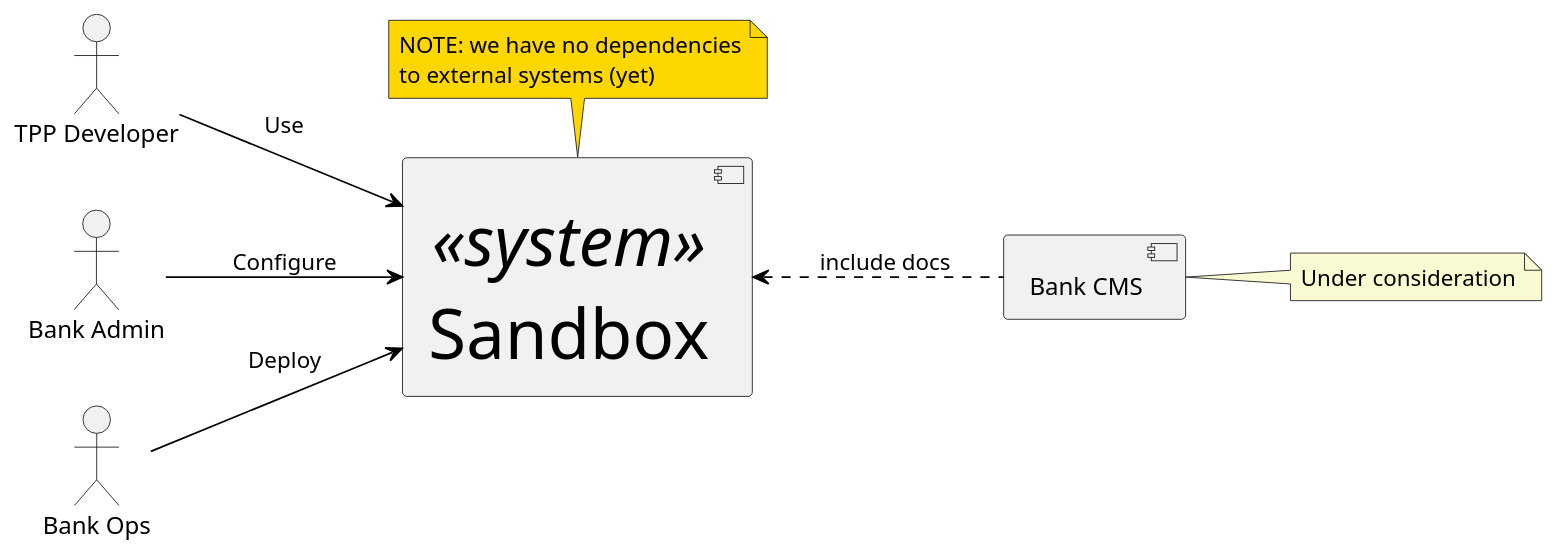
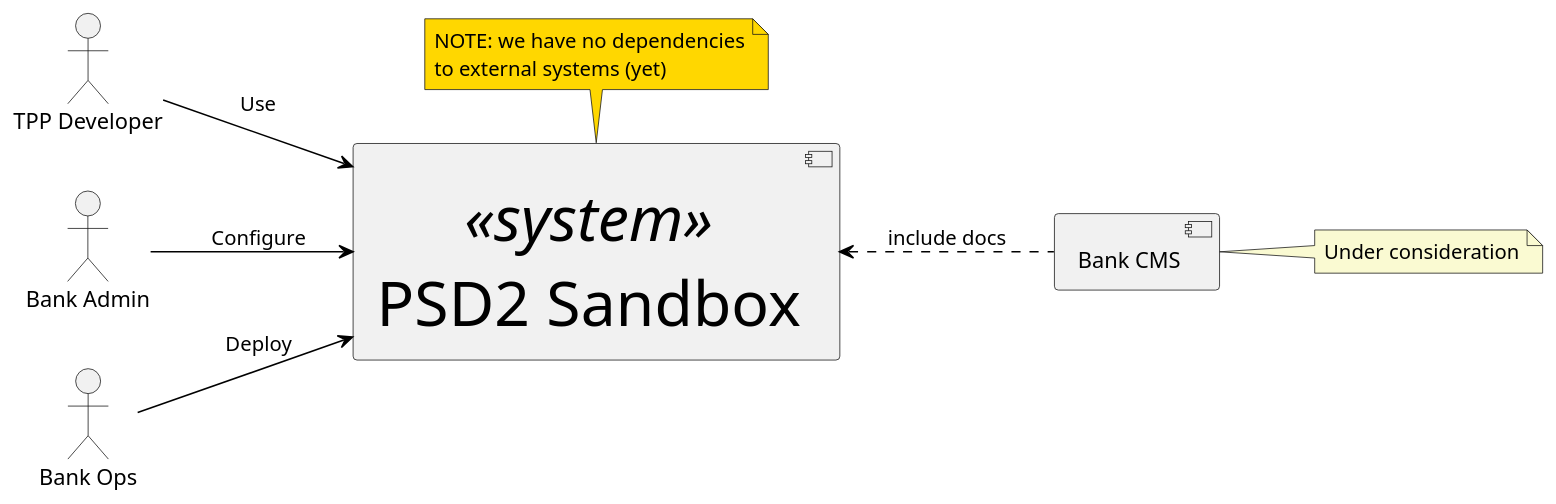
Before and after one commit to adorsys/psd2-accelerator: the diagram in arc42/diagrams/context.puml, drawn with PlantUML. The commit also changed 15 other files, not shown here.

```diff
--- a/arc42/diagrams/context.puml
+++ b/arc42/diagrams/context.puml
@@ -1,34 +1,34 @@
 @startuml context
 
 left to right direction
 skinparam shadowing false
 scale 1200 width
 
 actor "TPP Developer" as tppd
 actor "Bank Admin" as ba
 actor "Bank Ops" as bo
 
 skinparam arrowColor black
 skinparam borderColor grey
 skinparam Component {
   fontSize<<system>> 40
 }
 
-[Sandbox] as sandbox <<system>>
+[PSD2 Sandbox] as sandbox <<system>>
 [Bank CMS] as cms
 
 tppd --> sandbox : Use
 ba --> sandbox : Configure
 bo --> sandbox : Deploy
 sandbox <.. cms : include docs
 
 note right of cms #lightgoldenrodyellow
   Under consideration
 end note
 
 note top of sandbox #gold
   NOTE: we have no dependencies
   to external systems (yet)
 end note
 
 @enduml
```
